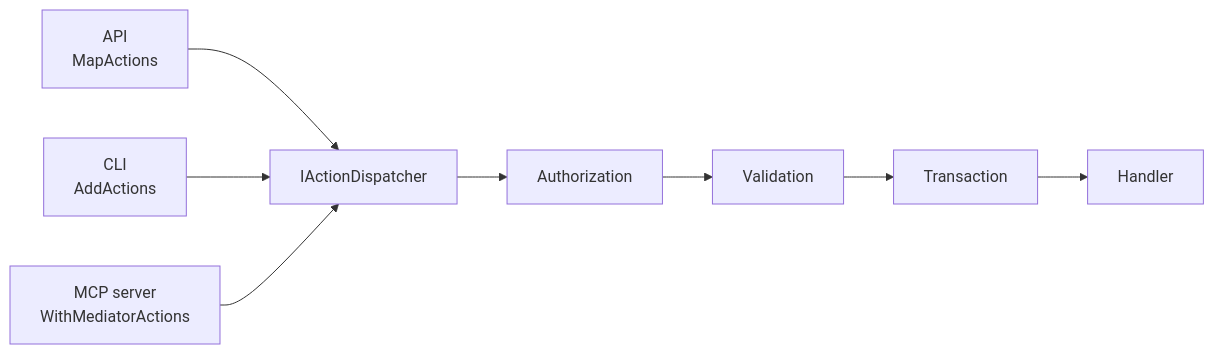
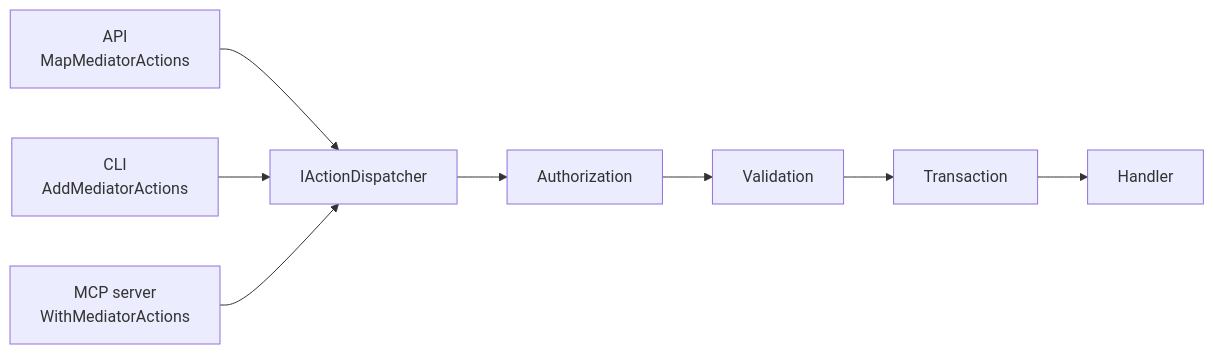
Before and after one commit to datapoint-software/mediator: the diagram in docs/use-cases.md, drawn with Mermaid. The commit also changed other lines of this file and 22 other files, not shown here.

````diff
--- a/docs/use-cases.md
+++ b/docs/use-cases.md
@@ -12,7 +12,7 @@
 ```mermaid
 graph LR
-    API["API<br/>MapActions"] --> D[IActionDispatcher]
-    CLI["CLI<br/>AddActions"] --> D
+    API["API<br/>MapMediatorActions"] --> D[IActionDispatcher]
+    CLI["CLI<br/>AddMediatorActions"] --> D
     MCP["MCP server<br/>WithMediatorActions"] --> D
     D --> A[Authorization] --> V[Validation] --> T[Transaction] --> H[Handler]
 ```
````
